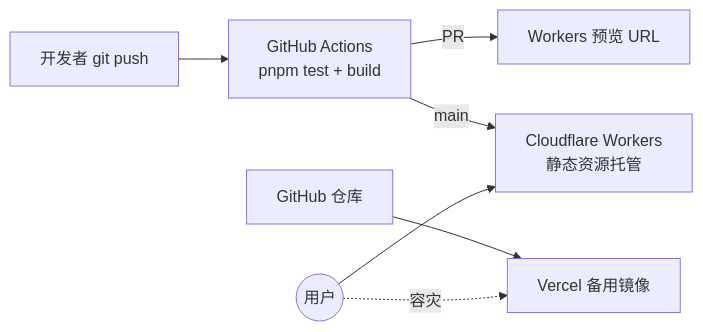
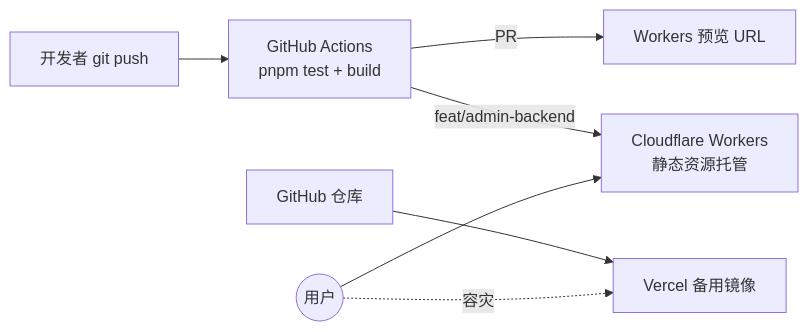
One commit to heytl/idv-cryptic-map changed the first of 2 diagrams in docs/ARCHITECTURE.md. Above: the diagram before and after it, drawn with Mermaid. The commit also changed other lines of this file, not shown here.

Commit message:
docs(architecture): 标注 Phase 2 后数据层变更，修正并行期分支/已删 site/ 描述

````diff
--- a/docs/ARCHITECTURE.md
+++ b/docs/ARCHITECTURE.md
@@ -17,9 +17,9 @@
 ```mermaid
 flowchart LR
   Dev[开发者 git push] --> CI[GitHub Actions<br>pnpm test + build]
   CI -->|PR| PV[Workers 预览 URL]
-  CI -->|main| CF[Cloudflare Workers<br>静态资源托管]
+  CI -->|feat/admin-backend| CF[Cloudflare Workers<br>静态资源托管]
   GH[GitHub 仓库] --> VC[Vercel 备用镜像]
   U((用户)) --> CF
   U -.容灾.-> VC
 ```
````
